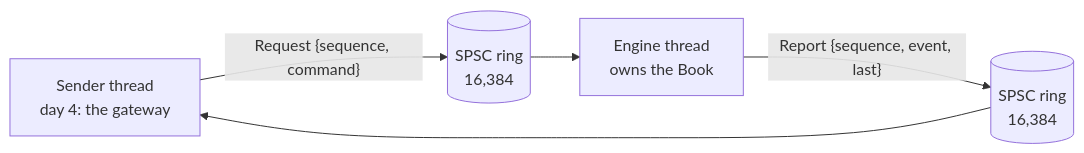
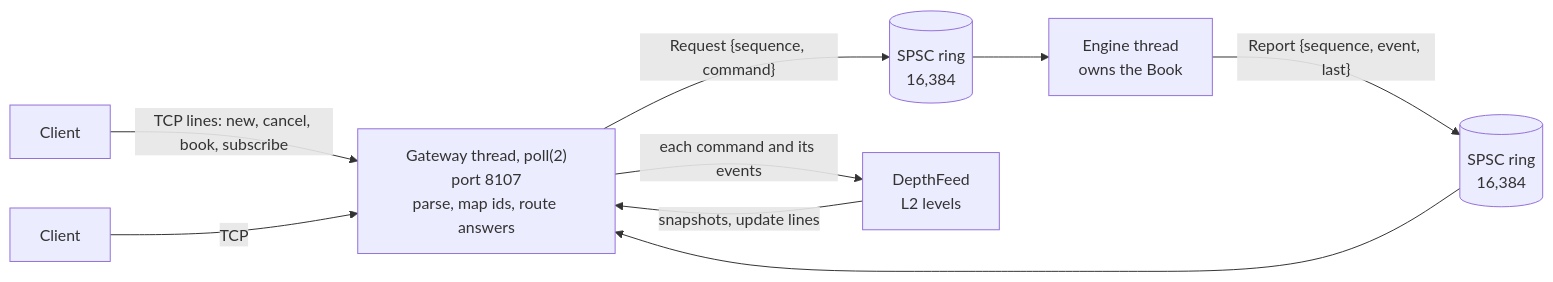
One commit to vivekdavara/orderbook changed the second of 2 diagrams in README.md. Above: the diagram before and after it, drawn with Mermaid. The commit also changed other lines of this file, not shown here.

First line of the commit message:
README: day 4, the gateway and market data, with measured results

````diff
--- a/README.md
+++ b/README.md
@@ -55,7 +59,11 @@
 ```mermaid
 flowchart LR
-    S[Sender thread<br/>day 4: the gateway] -- "Request {sequence, command}" --> Q1[(SPSC ring<br/>16,384)]
+    C1[Client] -- "TCP lines: new, cancel, book, subscribe" --> G
+    C2[Client] -- TCP --> G
+    G["Gateway thread, poll(2)<br/>port 8107<br/>parse, map ids, route answers"] -- "Request {sequence, command}" --> Q1[(SPSC ring<br/>16,384)]
     Q1 --> E[Engine thread<br/>owns the Book]
     E -- "Report {sequence, event, last}" --> Q2[(SPSC ring<br/>16,384)]
-    Q2 --> S
+    Q2 --> G
+    G -- "each command and its events" --> F[DepthFeed<br/>L2 levels]
+    F -- "snapshots, update lines" --> G
 ```
````
